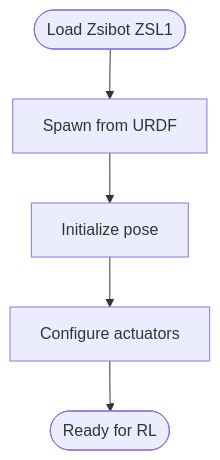
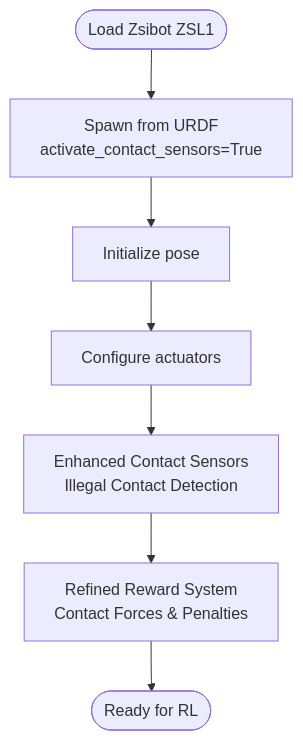
The sixth of 14 diagrams in .qoder/repowiki/en/content/Robot Categories and Models/Robot Categories and Models.md (jayjayhust/robot_lab), drawn with Mermaid before and after one commit. The commit also changed other lines of this file and 8 other files, not shown here.

````diff
--- a/.qoder/repowiki/en/content/Robot Categories and Models/Robot Categories and Models.md
+++ b/.qoder/repowiki/en/content/Robot Categories and Models/Robot Categories and Models.md
@@ -196,7 +219,9 @@
 ```mermaid
 flowchart TD
-Start(["Load Zsibot ZSL1"]) --> Spawn["Spawn from URDF"]
+Start(["Load Zsibot ZSL1"]) --> Spawn["Spawn from URDF<br/>activate_contact_sensors=True"]
 Spawn --> Init["Initialize pose"]
 Init --> Actuators["Configure actuators"]
-Actuators --> Ready(["Ready for RL"])
+Actuators --> Sensors["Enhanced Contact Sensors<br/>Illegal Contact Detection"]
+Sensors --> Rewards["Refined Reward System<br/>Contact Forces & Penalties"]
+Rewards --> Ready(["Ready for RL"])
 ```
````
